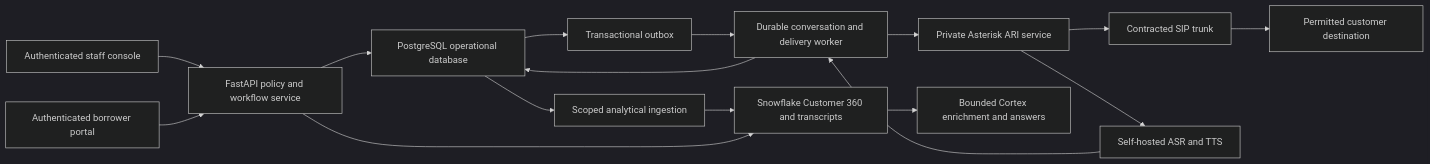
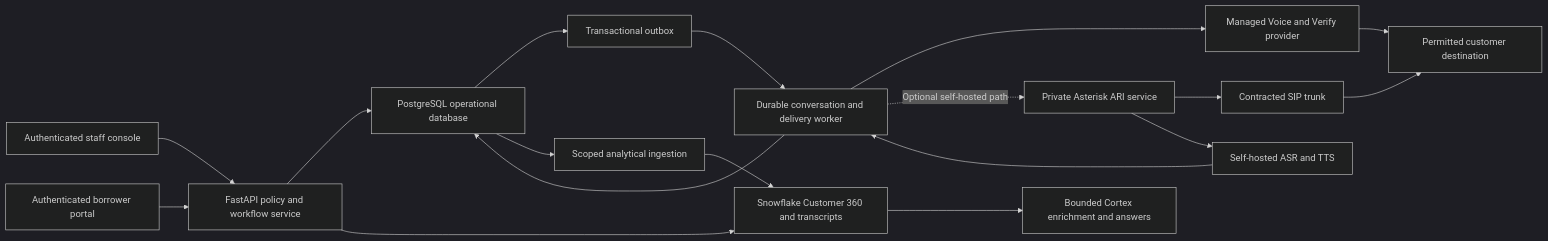
One commit to Cherie05/samvaad360 changed the diagram in docs/product-production-plan.md. Above: the diagram before and after it, drawn with Mermaid (dark theme). The commit also changed other lines of this file and 8 other files, not shown here.

````diff
--- a/docs/product-production-plan.md
+++ b/docs/product-production-plan.md
@@ -65,18 +67,20 @@
 ```mermaid
 flowchart LR
     Staff[Authenticated staff console] --> API[FastAPI policy and workflow service]
     Borrower[Authenticated borrower portal] --> API
     API --> PG[PostgreSQL operational database]
     PG --> Outbox[Transactional outbox]
     Outbox --> Worker[Durable conversation and delivery worker]
-    Worker --> PBX[Private Asterisk ARI service]
+    Worker --> Carrier[Managed Voice and Verify provider]
+    Carrier --> Phone[Permitted customer destination]
+    Worker -. Optional self-hosted path .-> PBX[Private Asterisk ARI service]
     PBX --> SIP[Contracted SIP trunk]
-    SIP --> Phone[Permitted customer destination]
+    SIP --> Phone
     PBX --> Speech[Self-hosted ASR and TTS]
     Speech --> Worker
     Worker --> PG
     PG --> Ingest[Scoped analytical ingestion]
     Ingest --> SF[Snowflake Customer 360 and transcripts]
     API --> SF
     SF --> AI[Bounded Cortex enrichment and answers]
 ```
````
